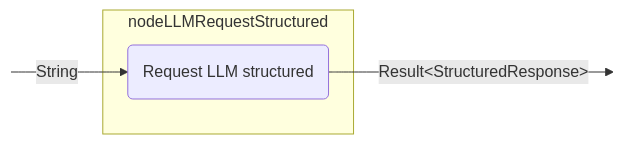
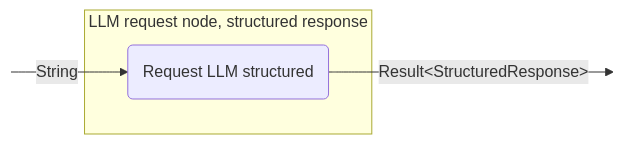
Before and after one commit to JetBrains/koog: the seventh of 15 diagrams in docs/docs/nodes-and-components.md, drawn with Mermaid. The commit also changed other lines of this file and 1 other file, not shown here.

````diff
--- a/docs/docs/nodes-and-components.md
+++ b/docs/docs/nodes-and-components.md
@@ -367,13 +368,13 @@
 ```mermaid
 graph LR
     in:::hidden
     out:::hidden
     
-    subgraph node ["nodeLLMRequestStructured"]
+    subgraph node ["LLM request node, structured response"]
         execute(Request LLM structured)
     end
     
     in --String--> execute -- "Result&lt;StructuredResponse&gt;" --> out
 
     classDef hidden display: none;
 ```
````
